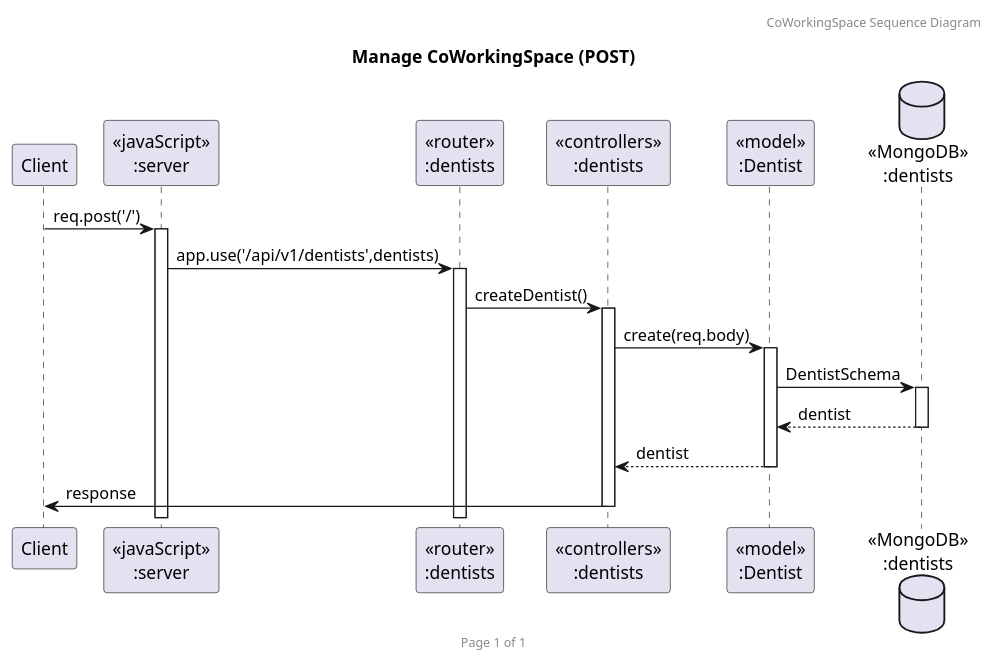
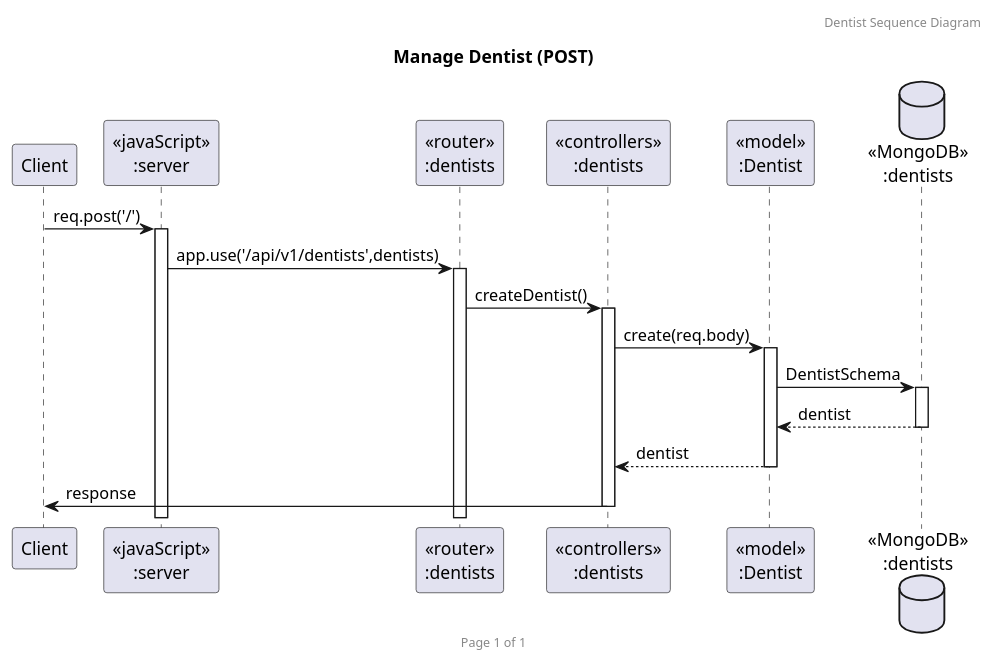
The diagram in SequenceDiagram/dentpost.puml (2110503TACEDT66/presentation-day-1-privacy), drawn with PlantUML before and after one commit. The commit also changed 10 other files, not shown here.

```diff
--- a/SequenceDiagram/dentpost.puml
+++ b/SequenceDiagram/dentpost.puml
@@ -1,23 +1,23 @@
-@startuml Manage CoWorkingSpace (POST)
+@startuml Manage Dentist (POST)
 
-header CoWorkingSpace Sequence Diagram
+header Dentist Sequence Diagram
 footer Page %page% of %lastpage%
-title "Manage CoWorkingSpace (POST)"
+title "Manage Dentist (POST)"
 
 participant "Client" as client
 participant "<<javaScript>>\n:server" as server
 participant "<<router>>\n:dentists" as routerDentists
 participant "<<controllers>>\n:dentists" as controllersDentists
 participant "<<model>>\n:Dentist" as modelDentists
 database "<<MongoDB>>\n:dentists" as DentistsDatabase
 
 client->server ++:req.post('/')
 server->routerDentists ++:app.use('/api/v1/dentists',dentists)
 routerDentists -> controllersDentists ++:createDentist()
 controllersDentists->modelDentists ++:create(req.body)
 modelDentists ->DentistsDatabase ++:DentistSchema
 DentistsDatabase --> modelDentists --:dentist
 controllersDentists <-- modelDentists --:dentist
 controllersDentists->client --:response
 
 @enduml
```
